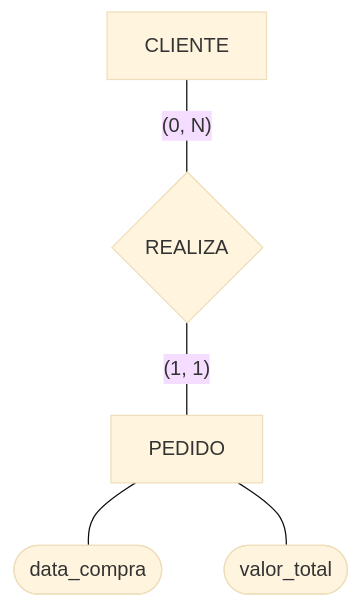
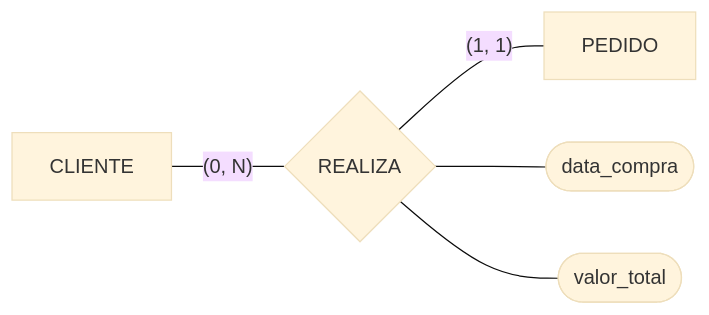
One commit to leorruas/puc changed the fourth of 13 diagrams in 02. Modelagem de Dados/06. Modelagem de relacionamentos, cardinalidade e restrições de participação.md. Above: the diagram before and after it, drawn with Mermaid (base theme). The commit also changed other lines of this file, not shown here.

````diff
--- a/02. Modelagem de Dados/06. Modelagem de relacionamentos, cardinalidade e restrições de participação.md
+++ b/02. Modelagem de Dados/06. Modelagem de relacionamentos, cardinalidade e restrições de participação.md
@@ -77,11 +77,10 @@
 ```mermaid
-flowchart TD
-    Cliente["CLIENTE"] ---|"(0, N)"| RelCompra{"REALIZA"}
-    RelCompra ---|"(1, 1)"| Pedido["PEDIDO"]
+flowchart LR
+    Cliente["CLIENTE"]:::data ---|"(0, N)"| Realiza{"REALIZA"}:::core
+    Realiza ---|"(1, 1)"| Pedido["PEDIDO"]:::data
+    Data(["data_compra"]):::component
+    Valor(["valor_total"]):::component
 
-    DataCompra(["data_compra"])
-    ValorTotal(["valor_total"])
-
-    Pedido --- DataCompra
-    Pedido --- ValorTotal
+    Realiza --- Data
+    Realiza --- Valor
 ```
````
